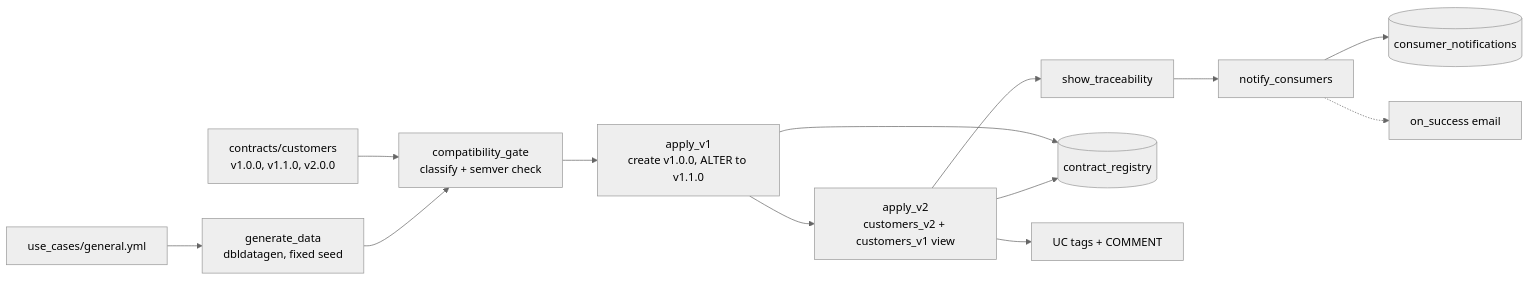
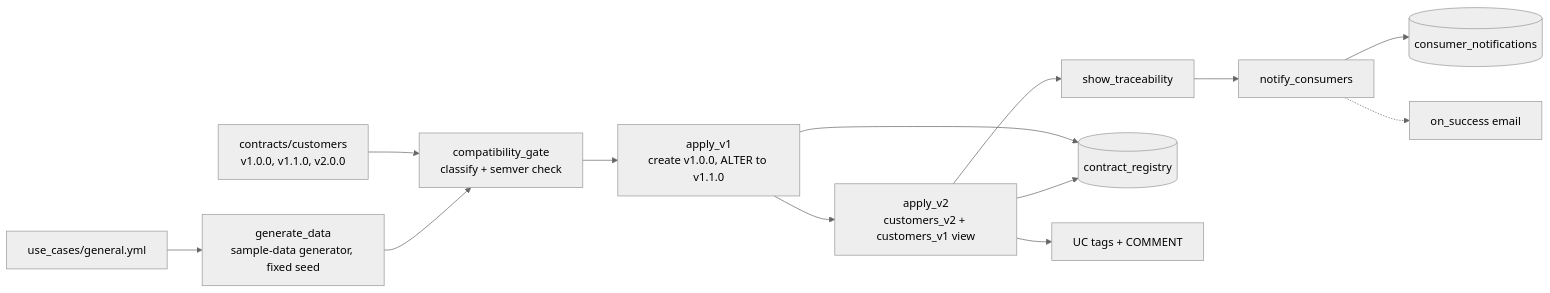
The diagram in reference/versioning/guides/versioning/README.md (pengbricks/pengbricks-app-capabilities-walkthrough), drawn with Mermaid (neutral theme) before and after one commit. The commit also changed other lines of this file and 209 other files, not shown here.

First line of the commit message:
Add CDC and Delta/Iceberg guides with shared sample data

````diff
--- a/reference/versioning/guides/versioning/README.md
+++ b/reference/versioning/guides/versioning/README.md
@@ -20,15 +20,15 @@
 ```mermaid
 flowchart LR
-  spec[use_cases/general.yml] --> gen[generate_data<br/>dbldatagen, fixed seed]
+  spec[use_cases/general.yml] --> gen[generate_data<br/>sample-data generator, fixed seed]
   contracts[contracts/customers<br/>v1.0.0, v1.1.0, v2.0.0] --> gate
   gen --> gate[compatibility_gate<br/>classify + semver check]
   gate --> v1[apply_v1<br/>create v1.0.0, ALTER to v1.1.0]
   v1 --> v2[apply_v2<br/>customers_v2 + customers_v1 view]
   v2 --> trace[show_traceability]
   trace --> notify[notify_consumers]
   v1 --> reg[(contract_registry)]
   v2 --> reg
   v2 --> tags[UC tags + COMMENT]
   notify --> cn[(consumer_notifications)]
   notify -.-> mail[on_success email]
 ```
````
